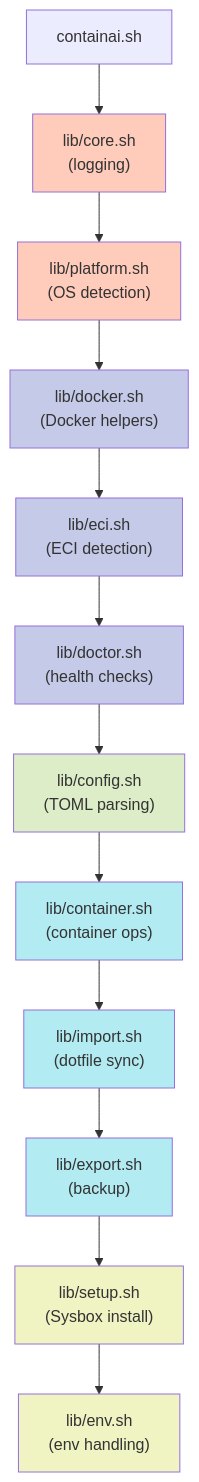
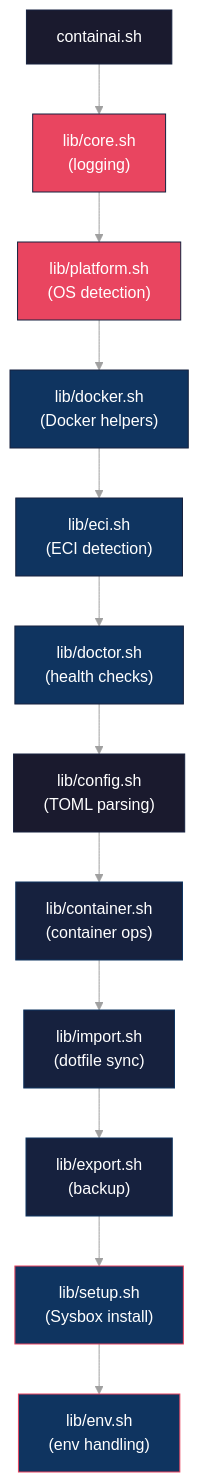
Before and after one commit to novotnyllc/ContainAI: the third of 8 diagrams in docs/architecture.md, drawn with Mermaid. The commit also changed other lines of this file and 45 other files, not shown here.

````diff
--- a/docs/architecture.md
+++ b/docs/architecture.md
@@ -111,26 +131,37 @@
 ```mermaid
+%%{init: {'theme': 'base', 'themeVariables': {
+  'primaryColor': '#1a1a2e',
+  'primaryTextColor': '#ffffff',
+  'primaryBorderColor': '#16213e',
+  'secondaryColor': '#0f3460',
+  'tertiaryColor': '#1a1a2e',
+  'lineColor': '#a0a0a0',
+  'textColor': '#ffffff',
+  'background': '#0d1117'
+}}}%%
 flowchart TD
     Main["containai.sh"] --> Core["lib/core.sh<br/>(logging)"]
     Core --> Platform["lib/platform.sh<br/>(OS detection)"]
     Platform --> Docker["lib/docker.sh<br/>(Docker helpers)"]
     Docker --> ECI["lib/eci.sh<br/>(ECI detection)"]
     ECI --> Doctor["lib/doctor.sh<br/>(health checks)"]
     Doctor --> Config["lib/config.sh<br/>(TOML parsing)"]
     Config --> Container["lib/container.sh<br/>(container ops)"]
     Container --> Import["lib/import.sh<br/>(dotfile sync)"]
     Import --> Export["lib/export.sh<br/>(backup)"]
     Export --> Setup["lib/setup.sh<br/>(Sysbox install)"]
     Setup --> Env["lib/env.sh<br/>(env handling)"]
 
-    style Core fill:#ffccbc
-    style Platform fill:#ffccbc
-    style Docker fill:#c5cae9
-    style ECI fill:#c5cae9
-    style Doctor fill:#c5cae9
-    style Config fill:#dcedc8
-    style Container fill:#b2ebf2
-    style Import fill:#b2ebf2
-    style Export fill:#b2ebf2
-    style Setup fill:#f0f4c3
-    style Env fill:#f0f4c3
+    style Main fill:#1a1a2e,stroke:#16213e,color:#fff
+    style Core fill:#e94560,stroke:#16213e,color:#fff
+    style Platform fill:#e94560,stroke:#16213e,color:#fff
+    style Docker fill:#0f3460,stroke:#16213e,color:#fff
+    style ECI fill:#0f3460,stroke:#16213e,color:#fff
+    style Doctor fill:#0f3460,stroke:#16213e,color:#fff
+    style Config fill:#1a1a2e,stroke:#16213e,color:#fff
+    style Container fill:#16213e,stroke:#0f3460,color:#fff
+    style Import fill:#16213e,stroke:#0f3460,color:#fff
+    style Export fill:#16213e,stroke:#0f3460,color:#fff
+    style Setup fill:#0f3460,stroke:#e94560,color:#fff
+    style Env fill:#0f3460,stroke:#e94560,color:#fff
 ```
````
